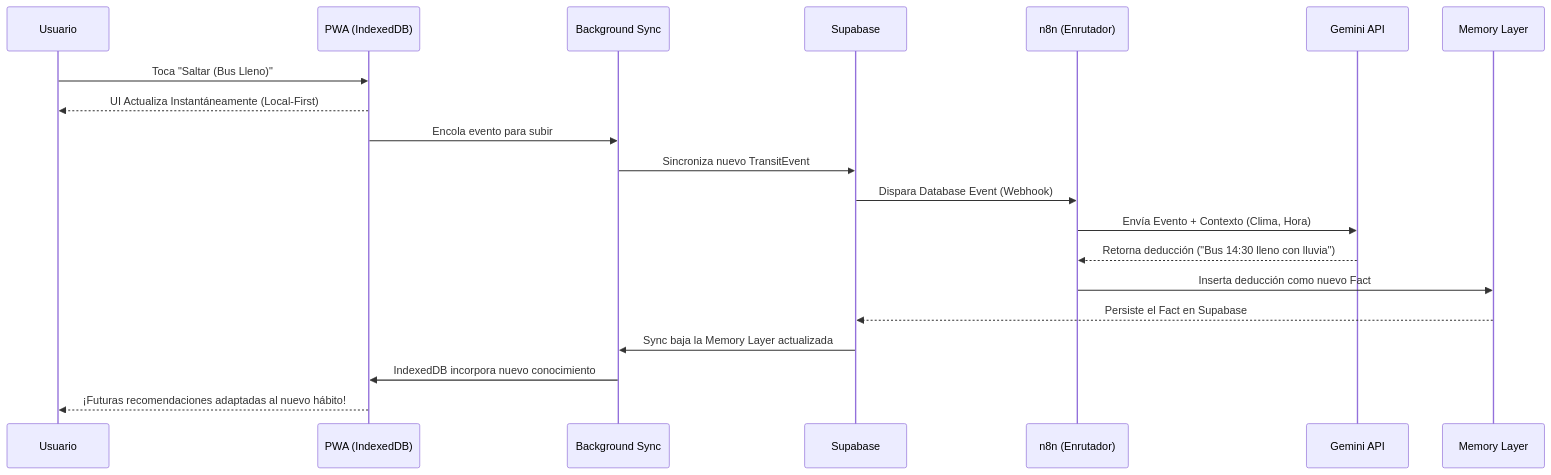
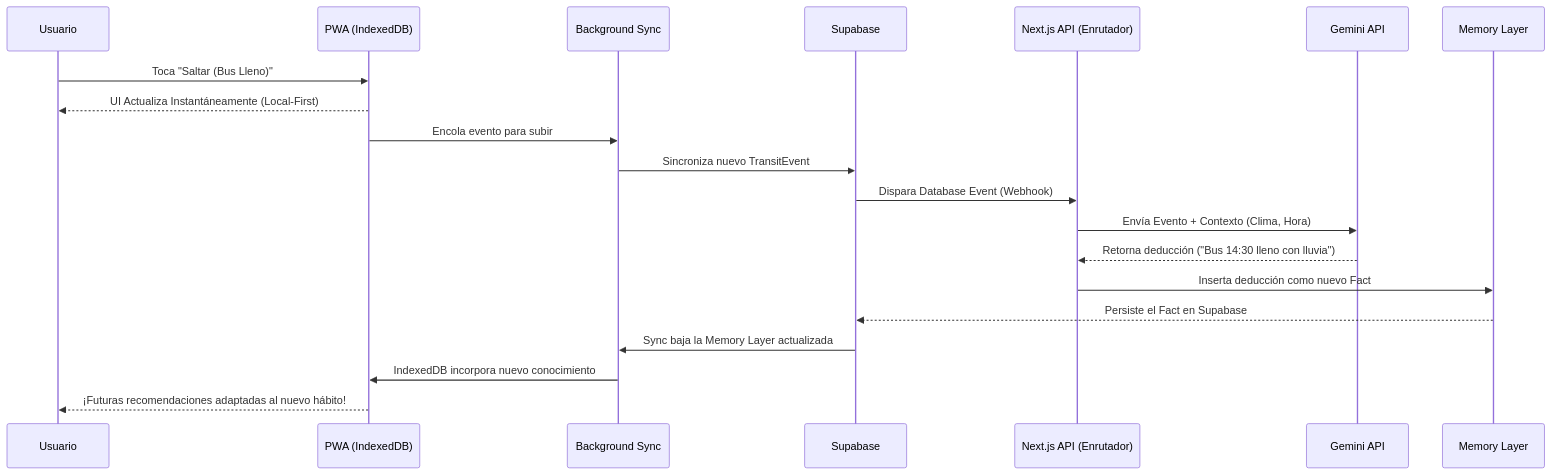
The second of 2 diagrams in docs/architecture/ARCHITECTURE.md (aalvaroespinoza/AppHorarios), drawn with Mermaid before and after one commit. The commit also changed other lines of this file and 54 other files, not shown here.

Commit message:
feat(core): actualizar arquitectura a Next.js+Supabase+Gemini e inicializar infraestructura IA

````diff
--- a/docs/architecture/ARCHITECTURE.md
+++ b/docs/architecture/ARCHITECTURE.md
@@ -87,23 +87,23 @@
 ```mermaid
 sequenceDiagram
     participant User as Usuario
     participant App as PWA (IndexedDB)
     participant Sync as Background Sync
     participant DB as Supabase
-    participant n8n as n8n (Enrutador)
+    participant Backend as Next.js API (Enrutador)
     participant Gemini as Gemini API
     participant Memory as Memory Layer
 
     User->>App: Toca "Saltar (Bus Lleno)"
     App-->>User: UI Actualiza Instantáneamente (Local-First)
     App->>Sync: Encola evento para subir
     Sync->>DB: Sincroniza nuevo TransitEvent
-    DB->>n8n: Dispara Database Event (Webhook)
-    n8n->>Gemini: Envía Evento + Contexto (Clima, Hora)
-    Gemini-->>n8n: Retorna deducción ("Bus 14:30 lleno con lluvia")
-    n8n->>Memory: Inserta deducción como nuevo Fact
+    DB->>Backend: Dispara Database Event (Webhook)
+    Backend->>Gemini: Envía Evento + Contexto (Clima, Hora)
+    Gemini-->>Backend: Retorna deducción ("Bus 14:30 lleno con lluvia")
+    Backend->>Memory: Inserta deducción como nuevo Fact
     Memory-->>DB: Persiste el Fact en Supabase
     DB->>Sync: Sync baja la Memory Layer actualizada
     Sync->>App: IndexedDB incorpora nuevo conocimiento
     App-->>User: ¡Futuras recomendaciones adaptadas al nuevo hábito!
 ```
````
